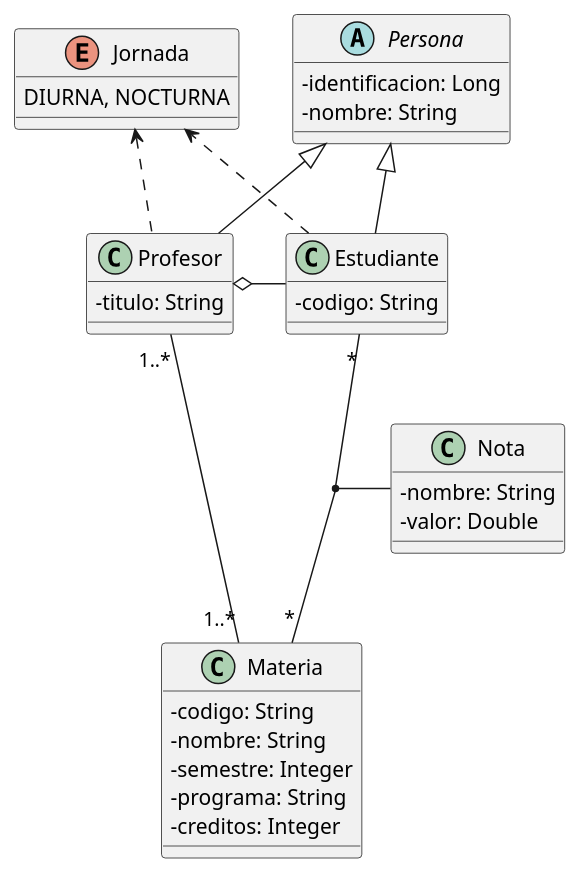
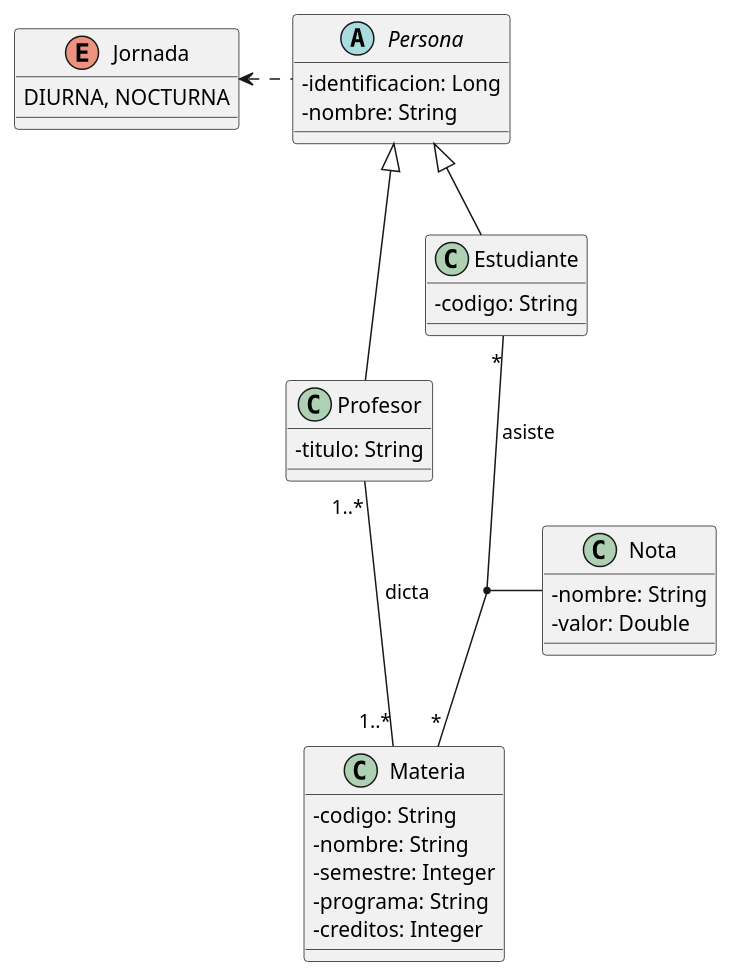
Before and after one commit to cesardiaz-utp/MisionTIC2022-Ciclo2-Unidad4-GestionEstudiantes: the diagram in doc/modelo.plantuml, drawn with PlantUML. The commit also changed 6 other files, not shown here.

```diff
--- a/doc/modelo.plantuml
+++ b/doc/modelo.plantuml
@@ -1,42 +1,40 @@
 @startuml gestion estudiantes
 skinparam classAttributeIconSize 0
 
 abstract class Persona {
     - identificacion: Long
     - nombre: String
 }
 
 class Profesor extends Persona {
     - titulo: String
 }
 
 class Estudiante extends Persona {
     - codigo: String
 }
 
 class Nota {
     - nombre: String
     - valor: Double
 }
 
 class Materia {
     - codigo: String
     - nombre: String
     - semestre: Integer
     - programa: String
     - creditos: Integer
 }
 
 enum Jornada {
     DIURNA, NOCTURNA
 }
 
-Profesor "1..*" -- "1..*" Materia
-Profesor o-right- Estudiante
-Estudiante "*" -- "*" Materia
+Profesor "1..*" -- "1..*" Materia : dicta
+Estudiante "*" -- "*" Materia : asiste
 (Estudiante, Materia) "1" -right- "*" Nota
 
-Profesor .left.> Jornada
-Estudiante ..> Jornada
+Persona .left.> Jornada
 
 @enduml
```
